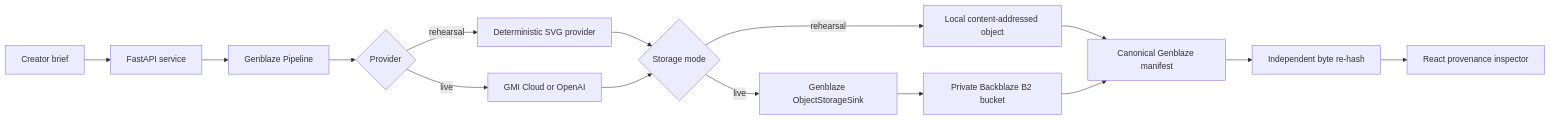
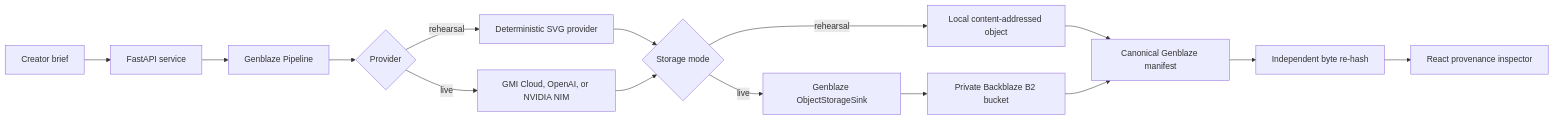
Before and after one commit to gother111/backblaze-provenance-vault: the diagram in README.md, drawn with Mermaid. The commit also changed other lines of this file and 33 other files, not shown here.

````diff
--- a/README.md
+++ b/README.md
@@ -34,17 +34,17 @@
 ```mermaid
 flowchart LR
     A["Creator brief"] --> B["FastAPI service"]
     B --> C["Genblaze Pipeline"]
     C --> D{"Provider"}
     D -->|rehearsal| E["Deterministic SVG provider"]
-    D -->|live| F["GMI Cloud or OpenAI"]
+    D -->|live| F["GMI Cloud, OpenAI, or NVIDIA NIM"]
     E --> G{"Storage mode"}
     F --> G
     G -->|rehearsal| H["Local content-addressed object"]
     G -->|live| I["Genblaze ObjectStorageSink"]
     I --> J["Private Backblaze B2 bucket"]
     H --> K["Canonical Genblaze manifest"]
     J --> K
     K --> L["Independent byte re-hash"]
     L --> M["React provenance inspector"]
 ```
````
